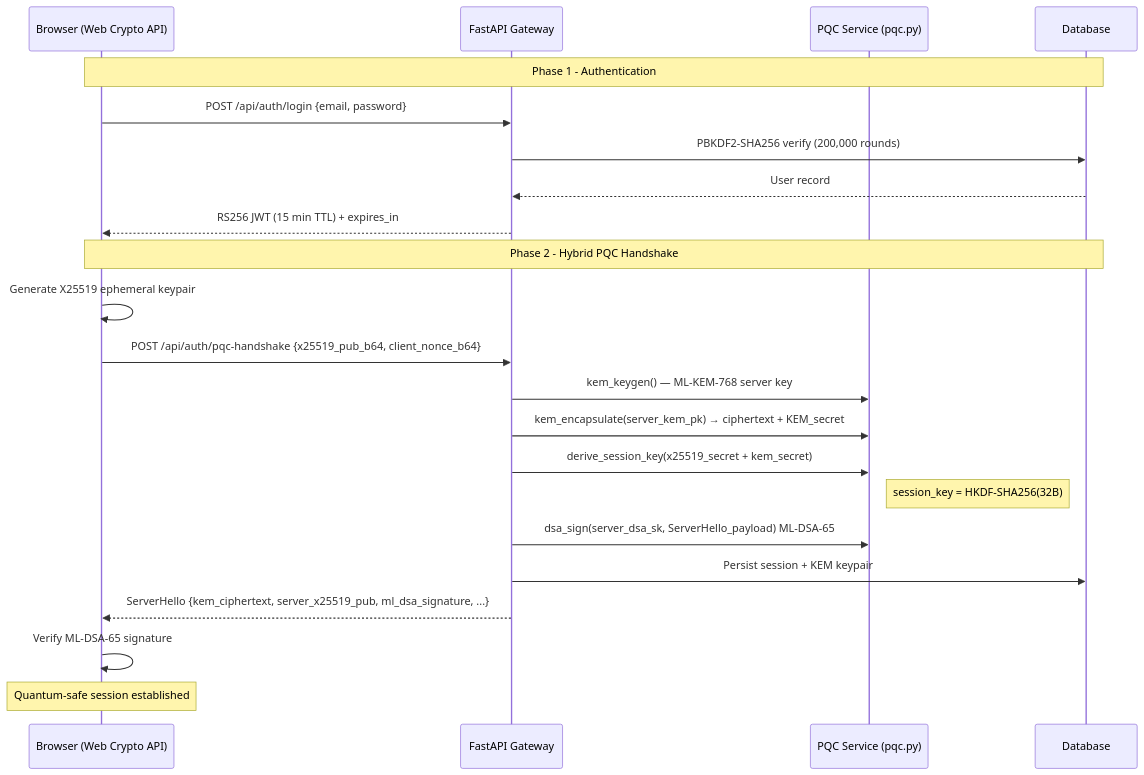
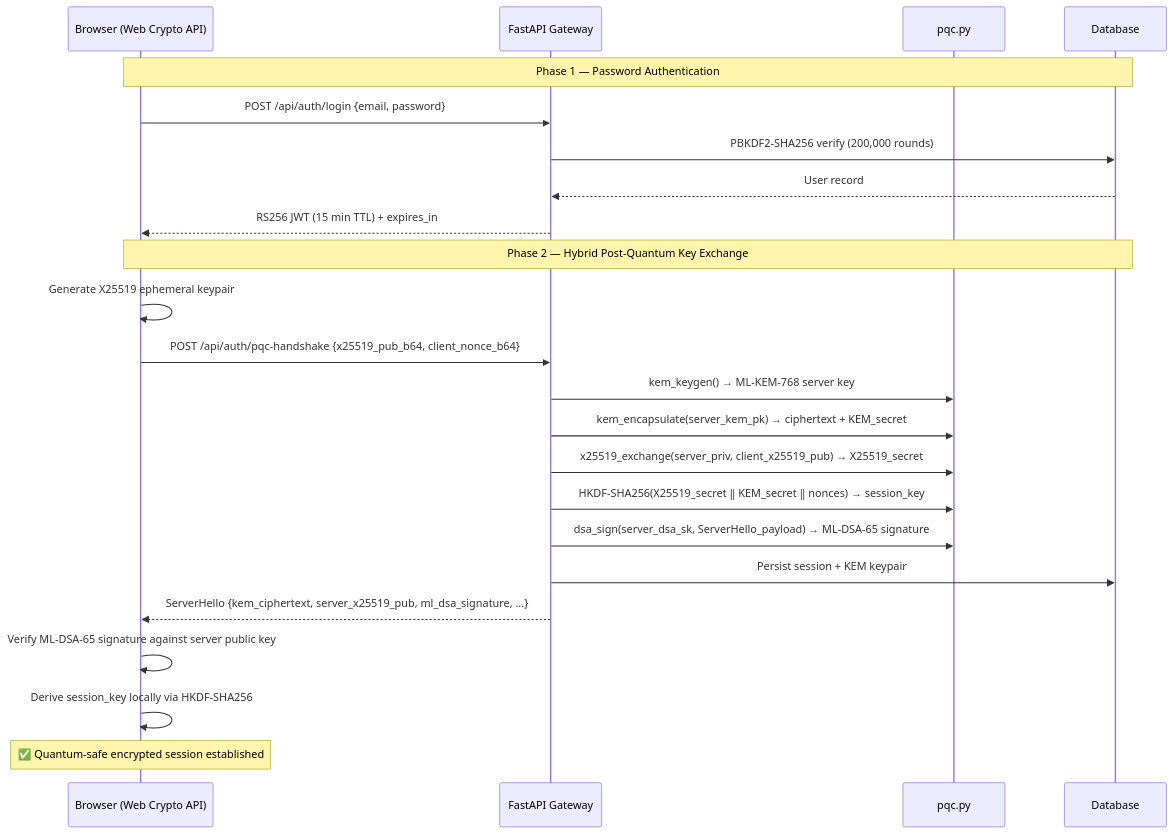
Before and after one commit to BugHunterX2101/quantumsentinel-web: the third of 4 diagrams in README.md, drawn with Mermaid. The commit also changed other lines of this file, not shown here.

Commit message:
docs: detailed impactful README — 4 mermaid diagrams, full API ref, bullet-first

````diff
--- a/README.md
+++ b/README.md
@@ -226,26 +188,27 @@
 ```mermaid
 sequenceDiagram
     participant BR as Browser (Web Crypto API)
     participant GW as FastAPI Gateway
-    participant PQC as PQC Service (pqc.py)
+    participant PQC as pqc.py
     participant DB as Database
 
-    Note over BR,DB: Phase 1 - Authentication
+    Note over BR,DB: Phase 1 — Password Authentication
     BR->>GW: POST /api/auth/login {email, password}
     GW->>DB: PBKDF2-SHA256 verify (200,000 rounds)
     DB-->>GW: User record
     GW-->>BR: RS256 JWT (15 min TTL) + expires_in
 
-    Note over BR,DB: Phase 2 - Hybrid PQC Handshake
+    Note over BR,DB: Phase 2 — Hybrid Post-Quantum Key Exchange
     BR->>BR: Generate X25519 ephemeral keypair
     BR->>GW: POST /api/auth/pqc-handshake {x25519_pub_b64, client_nonce_b64}
-    GW->>PQC: kem_keygen() — ML-KEM-768 server key
+    GW->>PQC: kem_keygen() → ML-KEM-768 server key
     GW->>PQC: kem_encapsulate(server_kem_pk) → ciphertext + KEM_secret
-    GW->>PQC: derive_session_key(x25519_secret + kem_secret)
-    Note right of PQC: session_key = HKDF-SHA256(32B)
-    GW->>PQC: dsa_sign(server_dsa_sk, ServerHello_payload) ML-DSA-65
+    GW->>PQC: x25519_exchange(server_priv, client_x25519_pub) → X25519_secret
+    GW->>PQC: HKDF-SHA256(X25519_secret ‖ KEM_secret ‖ nonces) → session_key
+    GW->>PQC: dsa_sign(server_dsa_sk, ServerHello_payload) → ML-DSA-65 signature
     GW->>DB: Persist session + KEM keypair
     GW-->>BR: ServerHello {kem_ciphertext, server_x25519_pub, ml_dsa_signature, ...}
-    BR->>BR: Verify ML-DSA-65 signature
-    Note over BR: Quantum-safe session established
+    BR->>BR: Verify ML-DSA-65 signature against server public key
+    BR->>BR: Derive session_key locally via HKDF-SHA256
+    Note over BR: ✅ Quantum-safe encrypted session established
 ```
````
